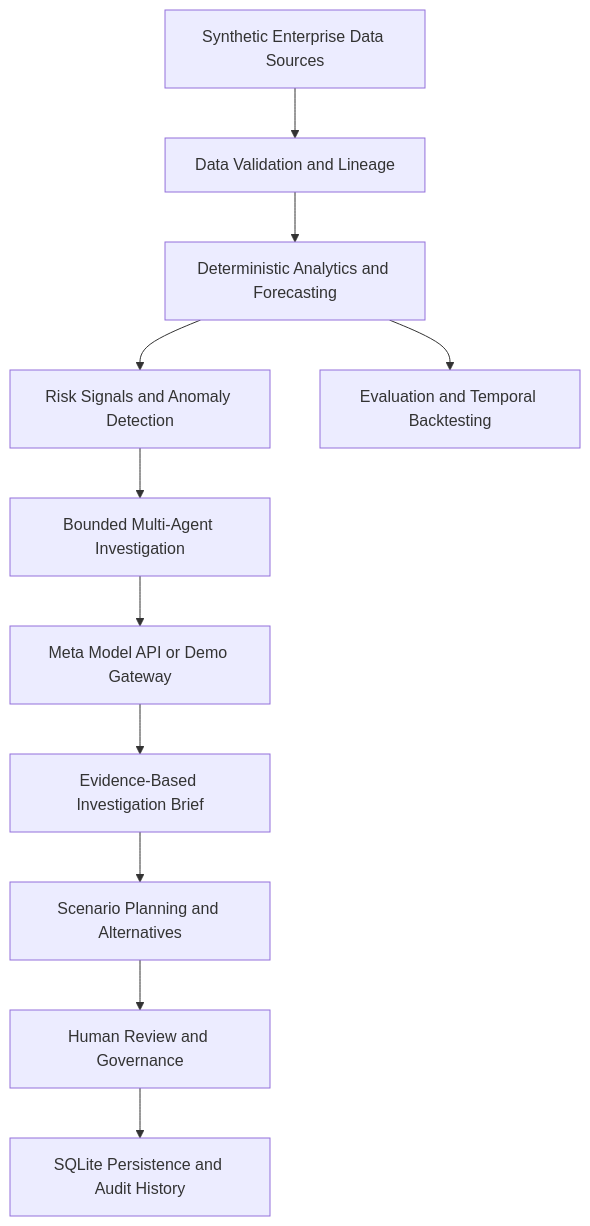
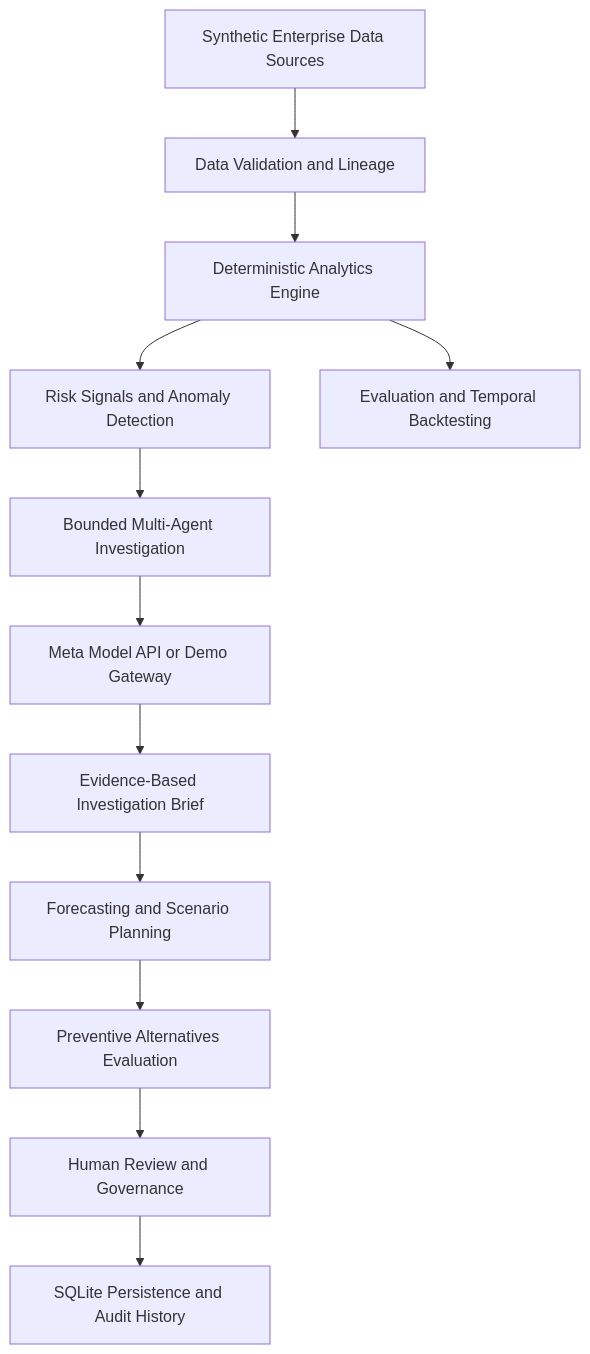
Before and after one commit to babucmb/LayoffLens-AI: the diagram in README.md, drawn with Mermaid. The commit also changed other lines of this file, not shown here.

````diff
--- a/README.md
+++ b/README.md
@@ -43,13 +298,14 @@
 ```mermaid
 flowchart TD
     A[Synthetic Enterprise Data Sources] --> B[Data Validation and Lineage]
-    B --> C[Deterministic Analytics and Forecasting]
+    B --> C[Deterministic Analytics Engine]
     C --> D[Risk Signals and Anomaly Detection]
     D --> E[Bounded Multi-Agent Investigation]
     E --> F[Meta Model API or Demo Gateway]
     F --> G[Evidence-Based Investigation Brief]
-    G --> H[Scenario Planning and Alternatives]
-    H --> I[Human Review and Governance]
-    I --> J[SQLite Persistence and Audit History]
-    C --> K[Evaluation and Temporal Backtesting]
+    G --> H[Forecasting and Scenario Planning]
+    H --> I[Preventive Alternatives Evaluation]
+    I --> J[Human Review and Governance]
+    J --> K[SQLite Persistence and Audit History]
+    C --> L[Evaluation and Temporal Backtesting]
 ```
````
